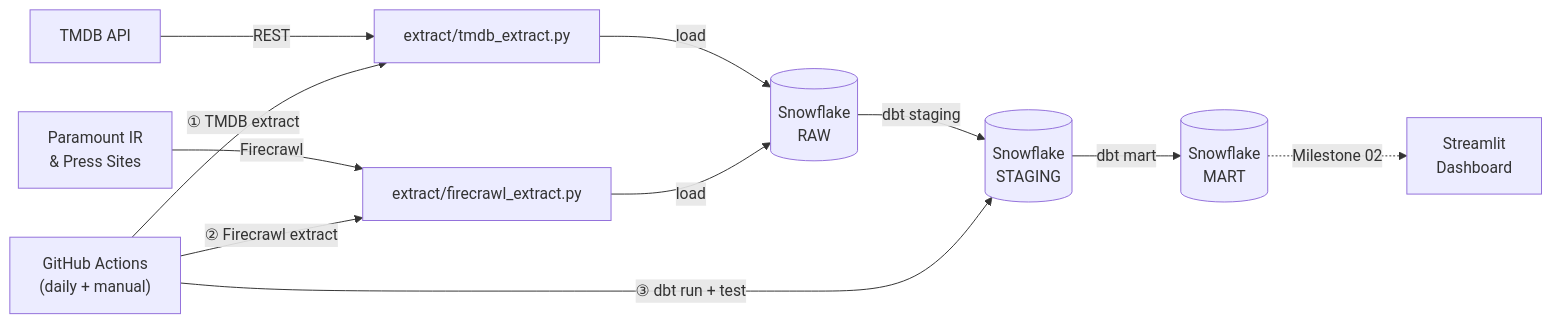
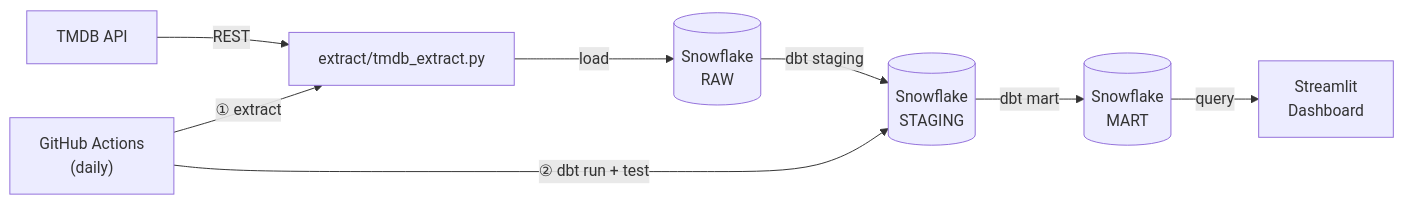
The first of 2 diagrams in README.md (etimber-sys/Media-Marketing-Analyst), drawn with Mermaid before and after one commit. The commit also changed other lines of this file, not shown here.

Commit message:
Split pipeline diagram into structured data and knowledge base paths in README

````diff
--- a/README.md
+++ b/README.md
@@ -36,13 +38,10 @@
 ```mermaid
 flowchart LR
     A[TMDB API] -->|REST| B["extract/tmdb_extract.py"]
-    W["Paramount IR\n& Press Sites"] -->|Firecrawl| FC["extract/firecrawl_extract.py"]
     B -->|load| C[("Snowflake\nRAW")]
-    FC -->|load| C
     C -->|dbt staging| D[("Snowflake\nSTAGING")]
     D -->|dbt mart| E[("Snowflake\nMART")]
-    E -.->|Milestone 02| F["Streamlit\nDashboard"]
-    G["GitHub Actions\n(daily + manual)"] -->|"① TMDB extract"| B
-    G -->|"② Firecrawl extract"| FC
-    G -->|"③ dbt run + test"| D
+    E -->|query| F["Streamlit\nDashboard"]
+    G["GitHub Actions\n(daily)"] -->|"① extract"| B
+    G -->|"② dbt run + test"| D
 ```
````
